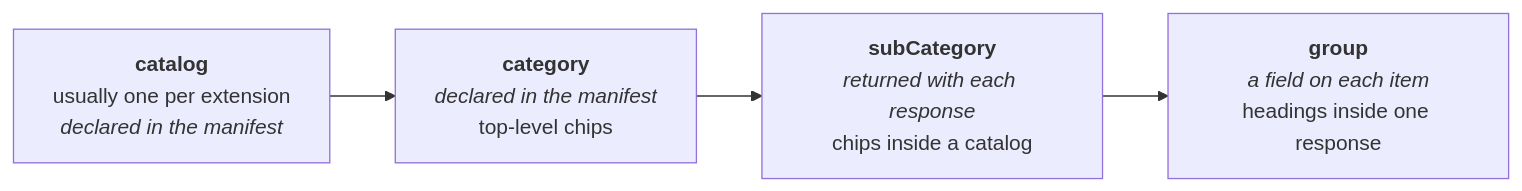
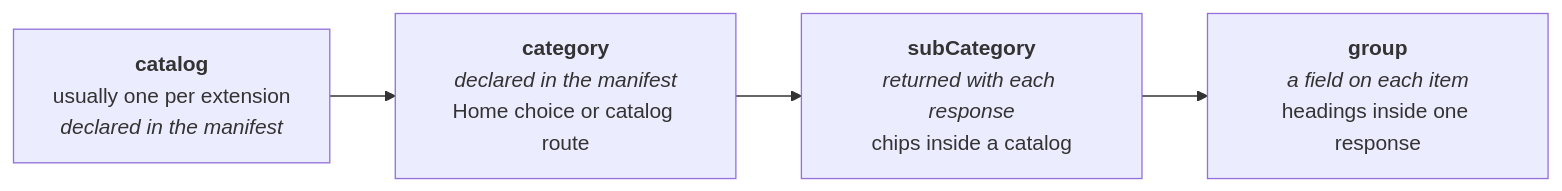
Before and after one commit to nimbusfvck/fvcksubs: the second of 4 diagrams in docs/02-extension-protocol.md, drawn with Mermaid. The commit also changed other lines of this file and 12 other files, not shown here.

````diff
--- a/docs/02-extension-protocol.md
+++ b/docs/02-extension-protocol.md
@@ -157,7 +157,7 @@
 ```mermaid
 flowchart LR
     A["<b>catalog</b><br/>usually one per extension<br/><i>declared in the manifest</i>"]
-      --> B["<b>category</b><br/><i>declared in the manifest</i><br/>top-level chips"]
+      --> B["<b>category</b><br/><i>declared in the manifest</i><br/>Home choice or catalog route"]
       --> C["<b>subCategory</b><br/><i>returned with each response</i><br/>chips inside a catalog"]
       --> D["<b>group</b><br/><i>a field on each item</i><br/>headings inside one response"]
 ```
````
